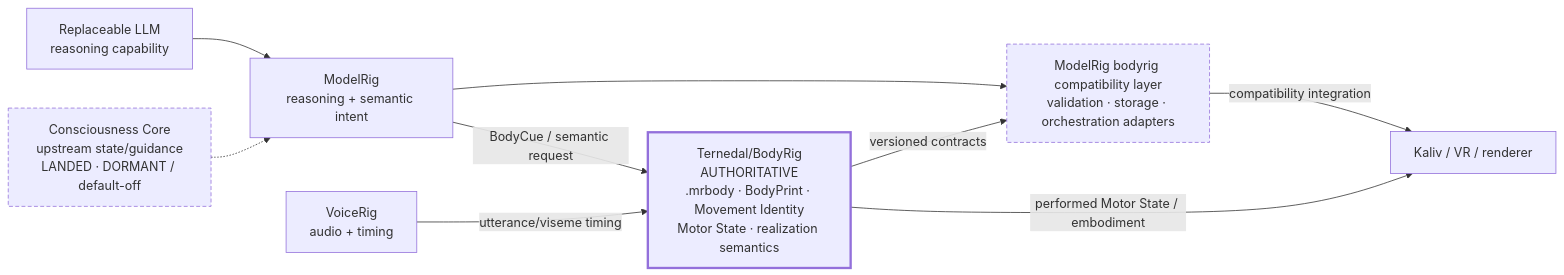
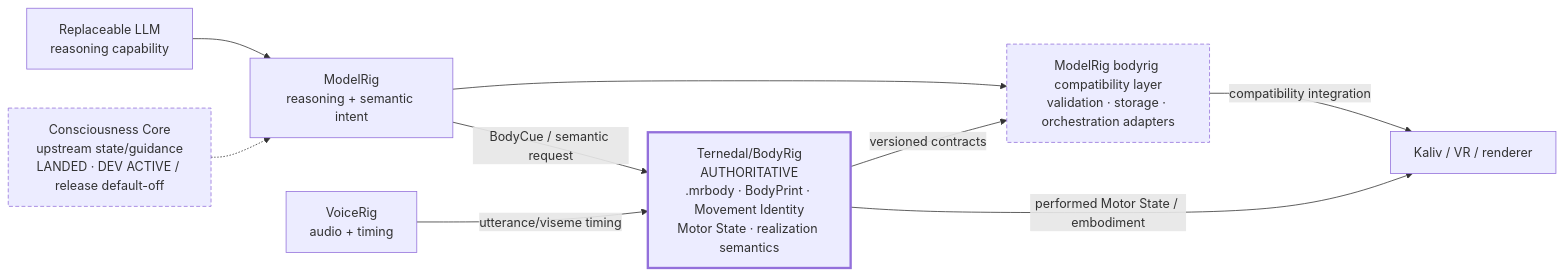
Before and after one commit to Ternedal/ModelRig: the diagram in docs/bodyrig/README.md, drawn with Mermaid.

Commit message:
docs: mark Consciousness Core active in dev channel

````diff
--- a/docs/bodyrig/README.md
+++ b/docs/bodyrig/README.md
@@ -22,24 +22,24 @@
 ```mermaid
 flowchart LR
-    C["Consciousness Core\nupstream state/guidance\nLANDED · DORMANT / default-off"]
+    C["Consciousness Core\nupstream state/guidance\nLANDED · DEV ACTIVE / release default-off"]
     L["Replaceable LLM\nreasoning capability"]
     M["ModelRig\nreasoning + semantic intent"]
     A["ModelRig bodyrig compatibility layer\nvalidation · storage · orchestration adapters"]
     B["Ternedal/BodyRig\nAUTHORITATIVE\n.mrbody · BodyPrint · Movement Identity\nMotor State · realization semantics"]
     V["VoiceRig\naudio + timing"]
     R["Kaliv / VR / renderer"]
 
     C -.-> M
     L --> M
     M -->|BodyCue / semantic request| B
     V -->|utterance/viseme timing| B
     B -->|performed Motor State / embodiment| R
     B -->|versioned contracts| A
     M --> A
     A -->|compatibility integration| R
 
     classDef authority stroke-width:3px;
     class B authority;
     classDef compat stroke-dasharray:5 3;
     class A,C compat;
 ```
````
